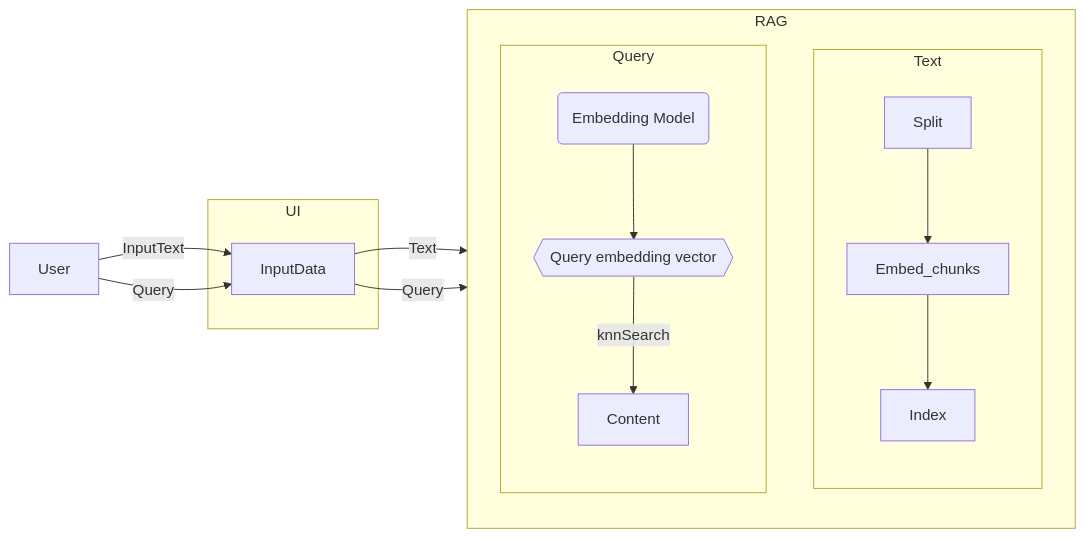
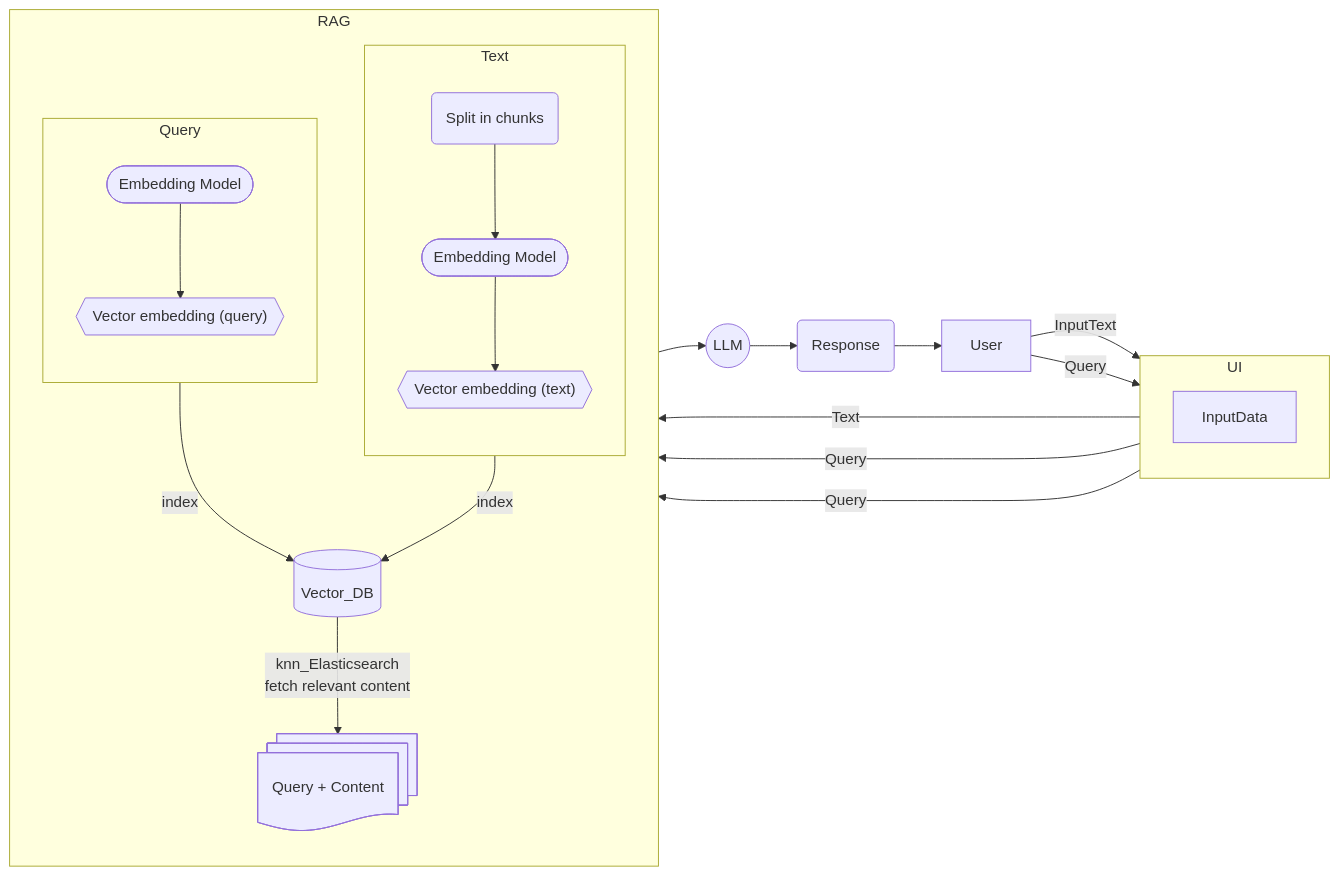
The second of 2 diagrams in README.md (sariaslaso/query-engine-RAG), drawn with Mermaid before and after one commit.

Commit message:
query engine architecture

````diff
--- a/README.md
+++ b/README.md
@@ -19,24 +19,37 @@
 ```mermaid
 flowchart LR
 	User -- InputText --> InputData 
 	User -- Query --> InputData
+
 	subgraph UI
+		direction TB
 		InputData
 	end
-	InputData -- Text --> Split
-	InputData -- Query --> id1(Embedding Model)
+	InputData -- Text --> id1(Split in chunks)
+	InputData -- Query --> id2([Embedding Model])
+	InputData -- Query --> id9
 	
-
 	subgraph RAG
 		direction TB
 		subgraph Text
 			direction TB
-			Split --> Embed_chunks --> Index
+			id1 --> id3([Embedding Model])
+			id3 --> id5@{shape: hex, label: "Vector embedding (text)"}
 		end
+
+		id5 -- index --> id7[(Vector_DB)]
+		id7 -- knn_Elasticsearch <br/> fetch relevant content --> id9@{shape: docs, label: "Query + Content"}
+
 		subgraph Query
 			direction TB
-			id1 --> id2@{shape: hex, label: "Query embedding vector"}
-			id2 -- knnSearch --> Content
+			id2 --> id4@{shape: hex, label: "Vector embedding (query)"}
 		end
+
+		id4 -- index --> id7
 	end
+
+	id9 --> id10@{shape: circle, label: "LLM"}
+	id10 --> id11(Response)
+	id11 --> User
+
 ```
````
